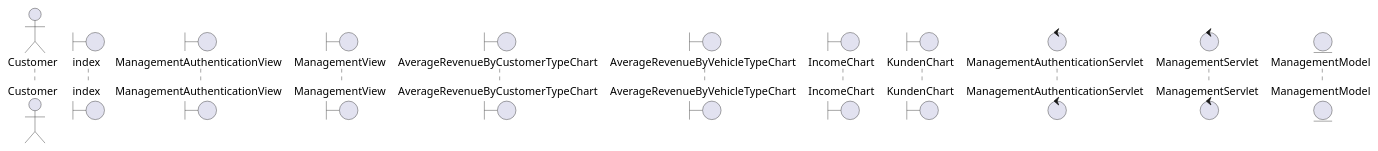
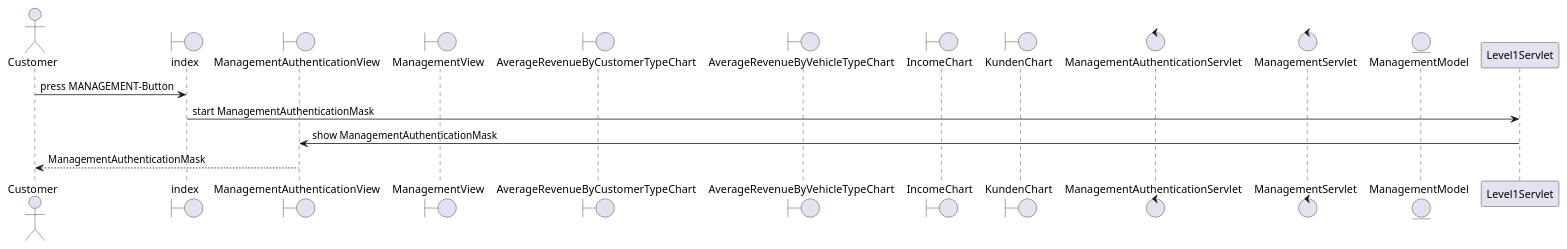
Before and after one commit to 1nbetw33n/Parkhaus_new: the diagram in src/main/parkhaus-project/Parkhaus/java/Planung/DIAGRAMM/sd_Management.puml, drawn with PlantUML.

Commit message:
Added ManagementMask-Process

```diff
--- a/src/main/parkhaus-project/Parkhaus/java/Planung/DIAGRAMM/sd_Management.puml
+++ b/src/main/parkhaus-project/Parkhaus/java/Planung/DIAGRAMM/sd_Management.puml
@@ -1,15 +1,20 @@
 @startuml
 'https://plantuml.com/sequence-diagram
 actor Customer
 boundary index
 boundary ManagementAuthenticationView
 boundary ManagementView
 boundary AverageRevenueByCustomerTypeChart
 boundary AverageRevenueByVehicleTypeChart
 boundary IncomeChart
 boundary KundenChart
 control ManagementAuthenticationServlet
 control ManagementServlet
 entity ManagementModel
+Customer -> index : press MANAGEMENT-Button
+index -> Level1Servlet : start ManagementAuthenticationMask
+Level1Servlet -> ManagementAuthenticationView : show ManagementAuthenticationMask
+ManagementAuthenticationView --> Customer : ManagementAuthenticationMask
+
 
 @enduml
```
